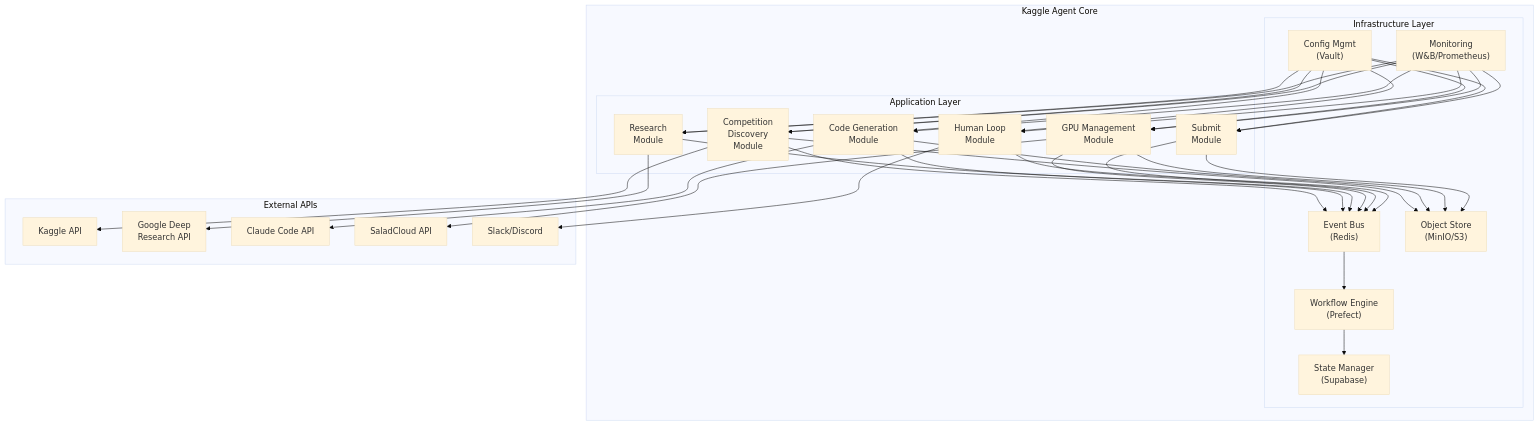
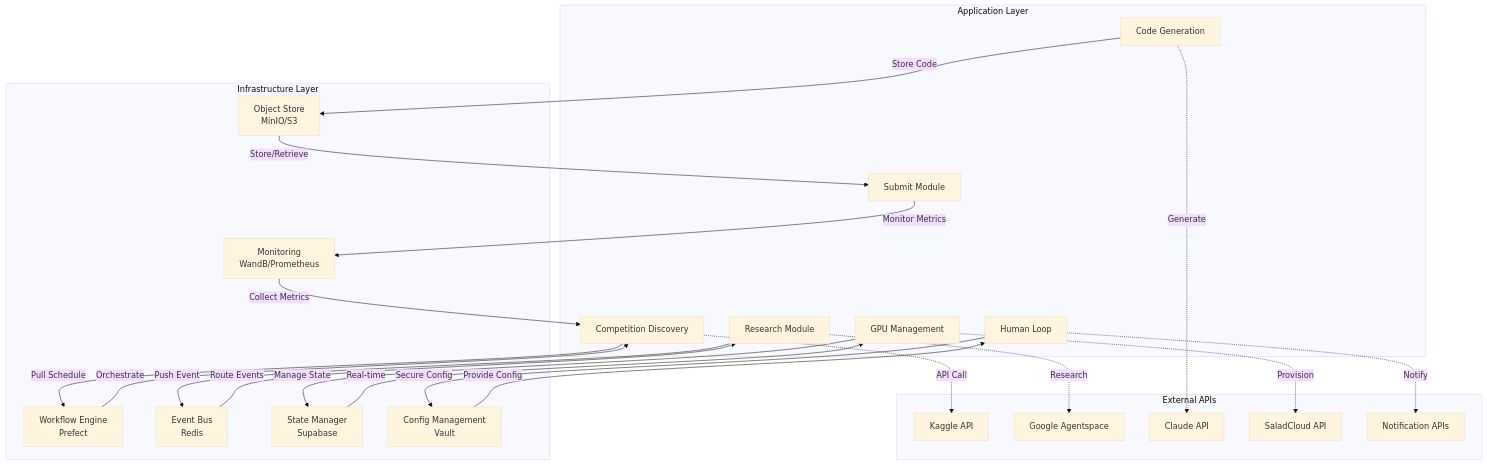
One commit to nishimoto265/kaggle_agent changed the first of 2 diagrams in orgs/org-01/01worker-a/orgs/org-01/01worker-a/docs/architecture_design.md. Above: the diagram before and after it, drawn with Mermaid (base theme). The commit also changed other lines of this file and 17221 other files, not shown here.

Commit message:
feat: Complete Final Boss operational system - Implement end-to-end task management workflow - Add quality evaluation and integration system - Create automated daily operations - Update all documentation for practical use - Ready for multi-agent development framework

````diff
--- a/orgs/org-01/01worker-a/orgs/org-01/01worker-a/docs/architecture_design.md
+++ b/orgs/org-01/01worker-a/orgs/org-01/01worker-a/docs/architecture_design.md
@@ -202,65 +43,48 @@
 ```mermaid
 graph TB
-    subgraph "Kaggle Agent Core"
-        subgraph "Application Layer"
-            CompDisc["Competition<br/>Discovery<br/>Module"]
-            Research["Research<br/>Module"]
-            CodeGen["Code Generation<br/>Module"]
-            GPUMgmt["GPU Management<br/>Module"]
-            Submit["Submit<br/>Module"]
-            HumanLoop["Human Loop<br/>Module"]
-        end
-        
-        subgraph "Infrastructure Layer"
-            Workflow["Workflow Engine<br/>(Prefect)"]
-            EventBus["Event Bus<br/>(Redis)"]
-            StateDB["State Manager<br/>(Supabase)"]
-            ObjectStore["Object Store<br/>(MinIO/S3)"]
-            Config["Config Mgmt<br/>(Vault)"]
-            Monitor["Monitoring<br/>(W&B/Prometheus)"]
-        end
+    subgraph "Application Layer"
+        CD[Competition Discovery]
+        RM[Research Module]
+        CG[Code Generation]
+        GM[GPU Management]
+        SM[Submit Module]
+        HL[Human Loop]
+    end
+    
+    subgraph "Infrastructure Layer"
+        WE[Workflow Engine<br/>Prefect]
+        EB[Event Bus<br/>Redis]
+        DB[State Manager<br/>Supabase]
+        OS[Object Store<br/>MinIO/S3]
+        CM[Config Management<br/>Vault]
+        MO[Monitoring<br/>WandB/Prometheus]
     end
     
     subgraph "External APIs"
-        KaggleAPI["Kaggle API"]
-        DeepResearch["Google Deep<br/>Research API"]
-        Claude["Claude Code API"]
-        SaladCloud["SaladCloud API"]
-        Notifications["Slack/Discord"]
+        KA[Kaggle API]
+        GA[Google Agentspace]
+        CA[Claude API]
+        SC[SaladCloud API]
+        NA[Notification APIs]
     end
     
-    CompDisc --> KaggleAPI
-    Research --> DeepResearch
-    CodeGen --> Claude
-    GPUMgmt --> SaladCloud
-    HumanLoop --> Notifications
+    CD -->|Pull Schedule| WE
+    RM -->|Push Event| EB
+    CG -->|Store Code| OS
+    GM -->|Manage State| DB
+    SM -->|Monitor Metrics| MO
+    HL -->|Secure Config| CM
     
-    CompDisc --> EventBus
-    Research --> EventBus
-    CodeGen --> EventBus
-    GPUMgmt --> EventBus
-    Submit --> EventBus
-    HumanLoop --> EventBus
+    CD -.->|API Call| KA
+    RM -.->|Research| GA
+    CG -.->|Generate| CA
+    GM -.->|Provision| SC
+    HL -.->|Notify| NA
     
-    EventBus --> Workflow
-    Workflow --> StateDB
-    
-    CompDisc --> ObjectStore
-    CodeGen --> ObjectStore
-    GPUMgmt --> ObjectStore
-    Submit --> ObjectStore
-    
-    Config --> CompDisc
-    Config --> Research
-    Config --> CodeGen
-    Config --> GPUMgmt
-    Config --> Submit
-    Config --> HumanLoop
-    
-    Monitor --> CompDisc
-    Monitor --> Research
-    Monitor --> CodeGen
-    Monitor --> GPUMgmt
-    Monitor --> Submit
-    Monitor --> HumanLoop
+    WE -->|Orchestrate| CD
+    EB -->|Route Events| RM
+    DB -->|Real-time| GM
+    OS -->|Store/Retrieve| SM
+    CM -->|Provide Config| HL
+    MO -->|Collect Metrics| CD
 ```
````
